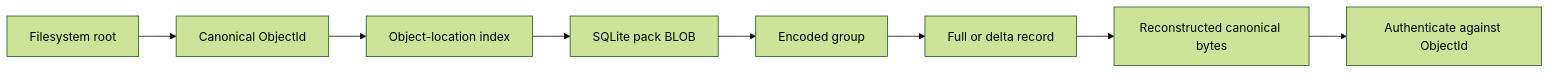
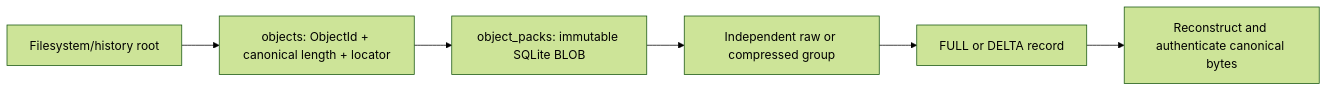
The first of 4 diagrams in docs/roadmap/0.1/0.1.4/sqlite-storage-format.md (Ephemeral-AI-Lab/ephemeral-ai-fs), drawn with Mermaid (forest theme) before and after one commit. The commit also changed other lines of this file and 8 other files, not shown here.

Commit message:
docs: resolve storage architecture ownership and format audit

````diff
--- a/docs/roadmap/0.1/0.1.4/sqlite-storage-format.md
+++ b/docs/roadmap/0.1/0.1.4/sqlite-storage-format.md
@@ -32,10 +20,8 @@
 ```mermaid
 flowchart LR
-    ROOT["Filesystem root"] --> OBJ["Canonical ObjectId"]
-    OBJ --> LOC["Object-location index"]
-    LOC --> PACK["SQLite pack BLOB"]
-    PACK --> GROUP["Encoded group"]
-    GROUP --> RECORD["Full or delta record"]
-    RECORD --> BYTES["Reconstructed canonical bytes"]
-    BYTES --> CHECK["Authenticate against ObjectId"]
+    ROOT["Filesystem/history root"] --> OBJ["objects: ObjectId + canonical length + locator"]
+    OBJ --> PACK["object_packs: immutable SQLite BLOB"]
+    PACK --> GROUP["Independent raw or compressed group"]
+    GROUP --> RECORD["FULL or DELTA record"]
+    RECORD --> CHECK["Reconstruct and authenticate canonical bytes"]
 ```
````
